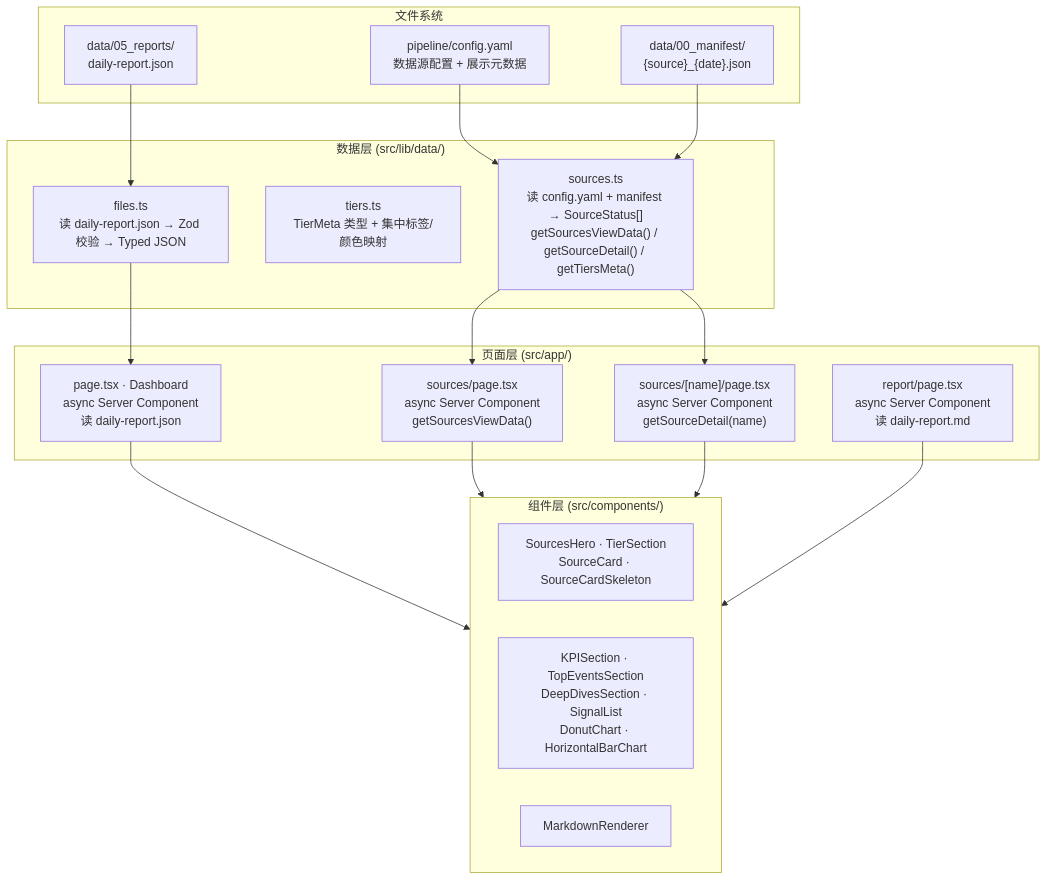
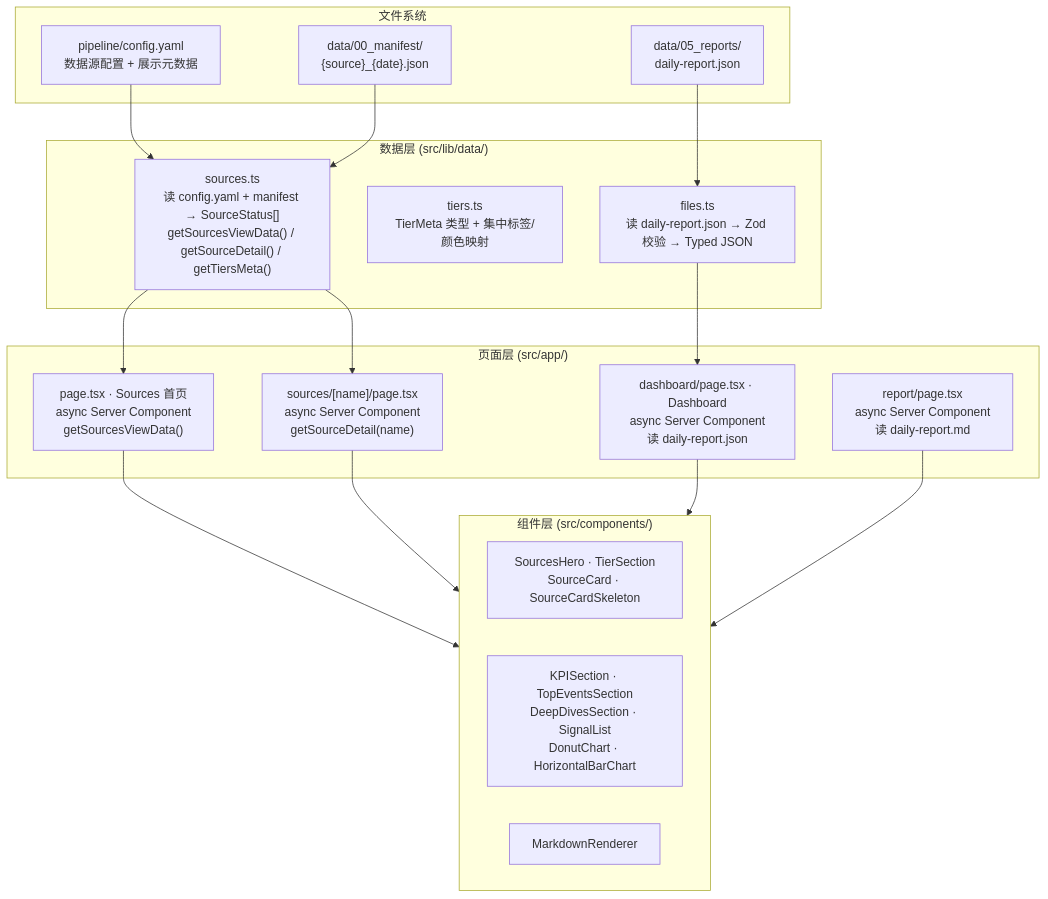
The diagram in docs/5_UI设计说明.md (sqliang/daily-ai-insight-engine), drawn with Mermaid before and after one commit. The commit also changed other lines of this file and 8 other files, not shown here.

````diff
--- a/docs/5_UI设计说明.md
+++ b/docs/5_UI设计说明.md
@@ -38,33 +38,33 @@
 ```mermaid
 flowchart TB
     subgraph Disk["文件系统"]
         D1["pipeline/config.yaml<br/>数据源配置 + 展示元数据"]
         D2["data/00_manifest/<br/>{source}_{date}.json"]
         D3["data/05_reports/<br/>daily-report.json"]
     end
 
     subgraph DataLayer["数据层 (src/lib/data/)"]
         S["sources.ts<br/>读 config.yaml + manifest → SourceStatus[]<br/>getSourcesViewData() / getSourceDetail() / getTiersMeta()"]
         T["tiers.ts<br/>TierMeta 类型 + 集中标签/颜色映射"]
         F["files.ts<br/>读 daily-report.json → Zod 校验 → Typed JSON"]
     end
 
     subgraph PageLayer["页面层 (src/app/)"]
-        P1["page.tsx · Dashboard<br/>async Server Component<br/>读 daily-report.json"]
-        P2["sources/page.tsx<br/>async Server Component<br/>getSourcesViewData()"]
+        P1["page.tsx · Sources 首页<br/>async Server Component<br/>getSourcesViewData()"]
+        P2["dashboard/page.tsx · Dashboard<br/>async Server Component<br/>读 daily-report.json"]
         P3["sources/[name]/page.tsx<br/>async Server Component<br/>getSourceDetail(name)"]
         P4["report/page.tsx<br/>async Server Component<br/>读 daily-report.md"]
     end
 
     subgraph ComponentLayer["组件层 (src/components/)"]
         C1["SourcesHero · TierSection<br/>SourceCard · SourceCardSkeleton"]
         C2["KPISection · TopEventsSection<br/>DeepDivesSection · SignalList<br/>DonutChart · HorizontalBarChart"]
         C3["MarkdownRenderer"]
     end
 
     D1 & D2 --> S
     D3 --> F
-    S --> P2 & P3
-    F --> P1
+    S --> P1 & P3
+    F --> P2
     P1 & P2 & P3 & P4 --> ComponentLayer
 ```
````
